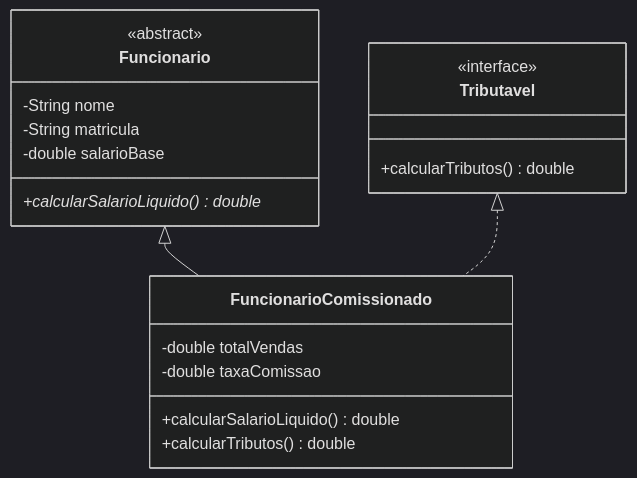
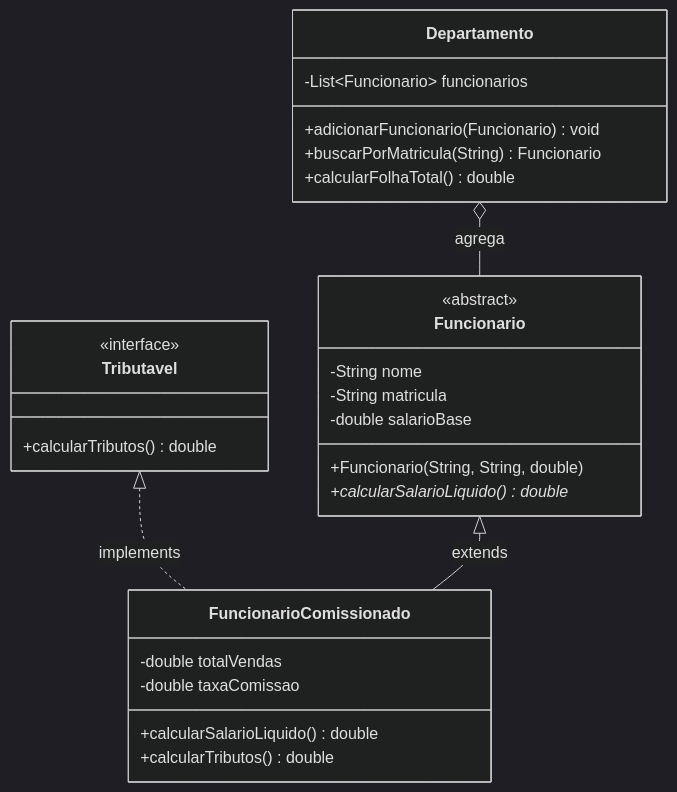
One commit to murilolol/unifef changed diagram 18 of 19 in 3º Semestre/[Prof. Jefferson Passerini] Laboratório de Programação III/Resumos-IA/Caderno-Consolidado.md. Above: the diagram before and after it, drawn with Mermaid (dark theme). The commit also changed other lines of this file and 40 other files, not shown here.

````diff
--- a/3º Semestre/[Prof. Jefferson Passerini] Laboratório de Programação III/Resumos-IA/Caderno-Consolidado.md
+++ b/3º Semestre/[Prof. Jefferson Passerini] Laboratório de Programação III/Resumos-IA/Caderno-Consolidado.md
@@ -1694,25 +1667,34 @@
 ```mermaid
 classDiagram
     class Tributavel {
         <<interface>>
         +calcularTributos() double
     }
 
     class Funcionario {
         <<abstract>>
         -String nome
         -String matricula
         -double salarioBase
+        +Funcionario(String, String, double)
         +calcularSalarioLiquido()* double
     }
 
     class FuncionarioComissionado {
         -double totalVendas
         -double taxaComissao
         +calcularSalarioLiquido() double
         +calcularTributos() double
     }
 
-    Funcionario <|-- FuncionarioComissionado
-    Tributavel <|.. FuncionarioComissionado
+    class Departamento {
+        -List~Funcionario~ funcionarios
+        +adicionarFuncionario(Funcionario) void
+        +buscarPorMatricula(String) Funcionario
+        +calcularFolhaTotal() double
+    }
+
+    Tributavel <|.. FuncionarioComissionado : implements
+    Funcionario <|-- FuncionarioComissionado : extends
+    Departamento o-- Funcionario : agrega
 ```
````
